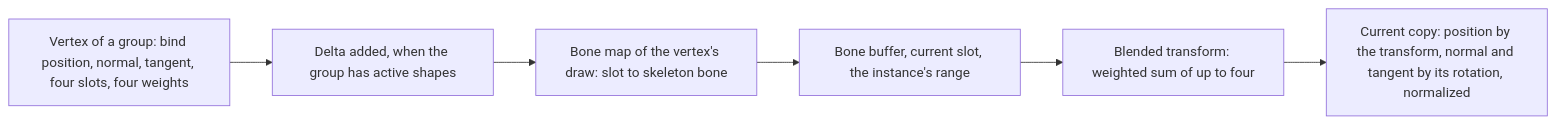
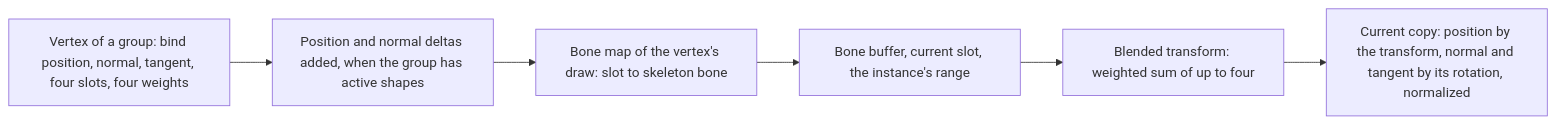
Before and after one commit to plainsight-systems/bullet-witch: the third of 3 diagrams in docs/architecture/geometry.md, drawn with Mermaid. The commit also changed other lines of this file and 1 other file, not shown here.

First line of the commit message:
Shapes move the normal: a normal delta beside each position delta, added before the bones

````diff
--- a/docs/architecture/geometry.md
+++ b/docs/architecture/geometry.md
@@ -177,8 +180,8 @@
 ```mermaid
 flowchart LR
-    V["Vertex of a group: bind position, normal, tangent, four slots, four weights"] --> D["Delta added, when the group has active shapes"]
+    V["Vertex of a group: bind position, normal, tangent, four slots, four weights"] --> D["Position and normal deltas added, when the group has active shapes"]
     D --> M["Bone map of the vertex's draw: slot to skeleton bone"]
     M --> B["Bone buffer, current slot, the instance's range"]
     B --> T["Blended transform: weighted sum of up to four"]
     T --> O["Current copy: position by the transform, normal and tangent by its rotation, normalized"]
 ```
````
